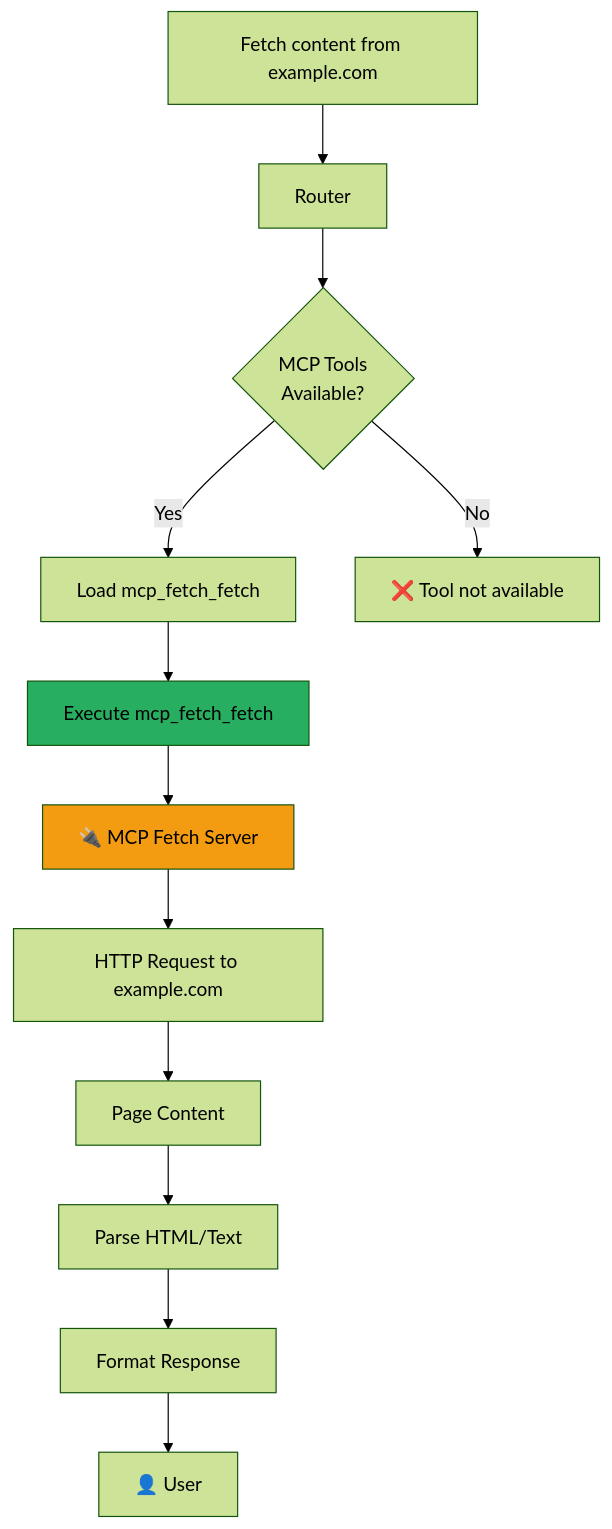
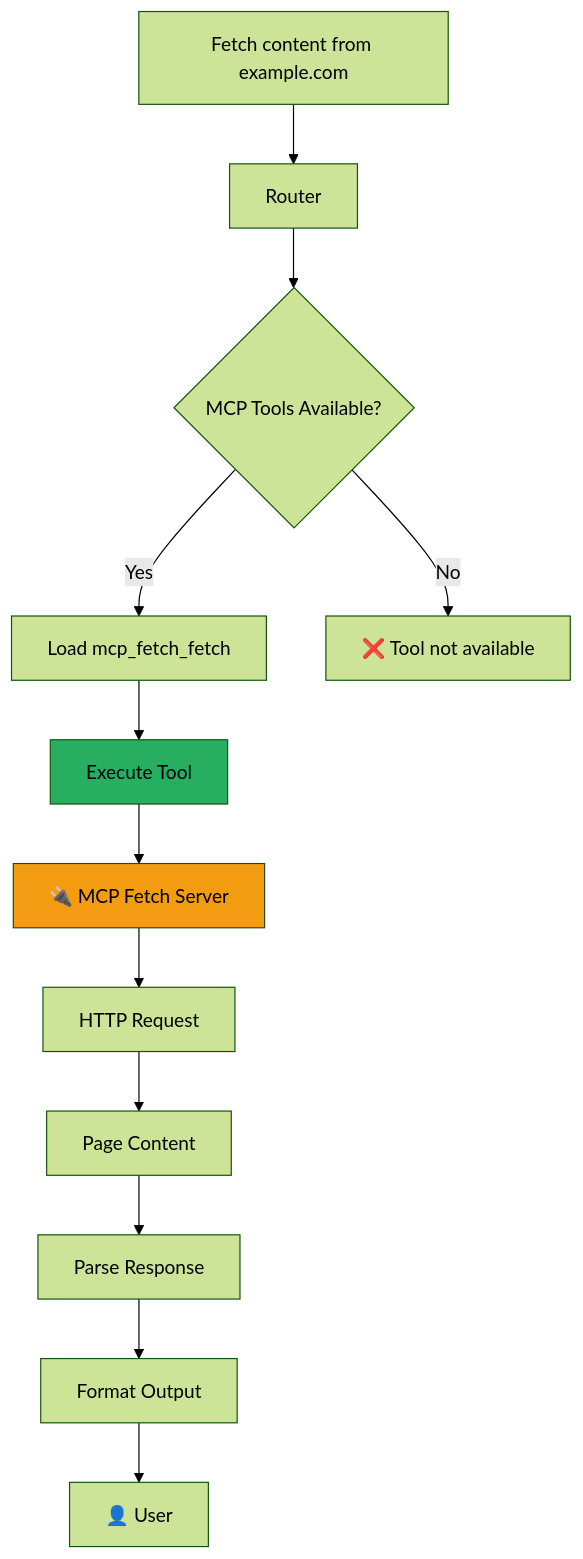
Diagram 11 of 12 in docs/JARVIS_WORKFLOW.md (bigsk1/jarvis-voice), drawn with Mermaid (forest theme) before and after one commit. The commit also changed other lines of this file, not shown here.

Commit message:
remove <br from mermaid charts

````diff
--- a/docs/JARVIS_WORKFLOW.md
+++ b/docs/JARVIS_WORKFLOW.md
@@ -465,19 +503,19 @@
 ```mermaid
 graph TB
     Query["Fetch content from example.com"] --> Router[Router]
-    Router --> MCPCheck{MCP Tools<br/>Available?}
+    Router --> MCPCheck{MCP Tools Available?}
     
     MCPCheck -->|Yes| MCPRegistry[Load mcp_fetch_fetch]
     MCPCheck -->|No| Error[❌ Tool not available]
     
-    MCPRegistry --> Execute[Execute mcp_fetch_fetch]
+    MCPRegistry --> Execute[Execute Tool]
     Execute --> MCPServer[🔌 MCP Fetch Server]
-    MCPServer --> HTTP[HTTP Request to example.com]
+    MCPServer --> HTTP[HTTP Request]
     HTTP --> Content[Page Content]
-    Content --> Parse[Parse HTML/Text]
-    Parse --> Format[Format Response]
+    Content --> Parse[Parse Response]
+    Parse --> Format[Format Output]
     Format --> User[👤 User]
     
     style MCPServer fill:#f39c12
     style Execute fill:#27ae60
 ```
````
